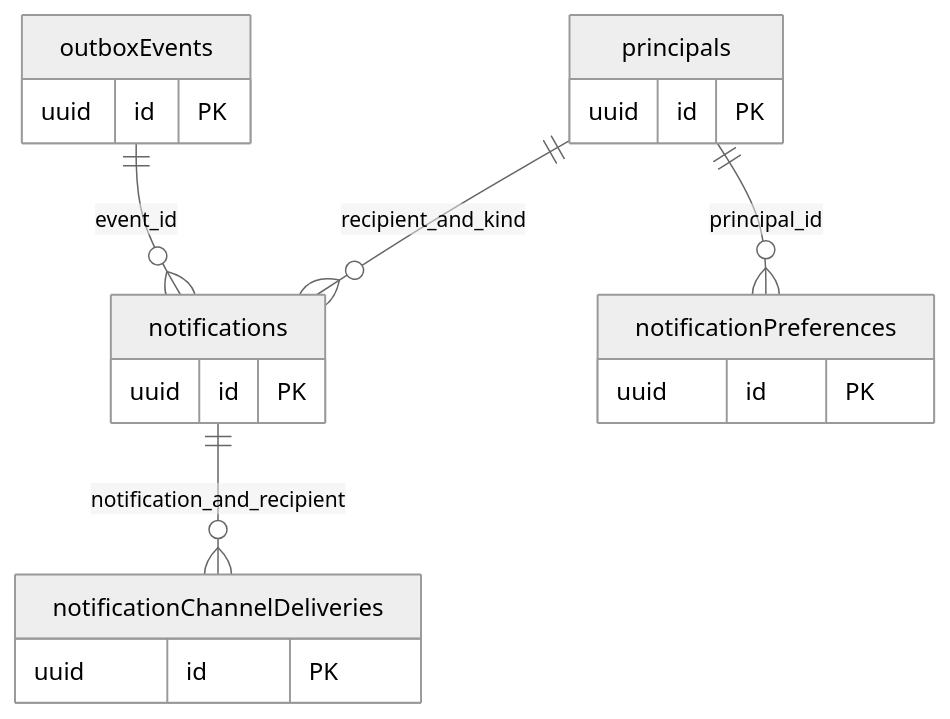
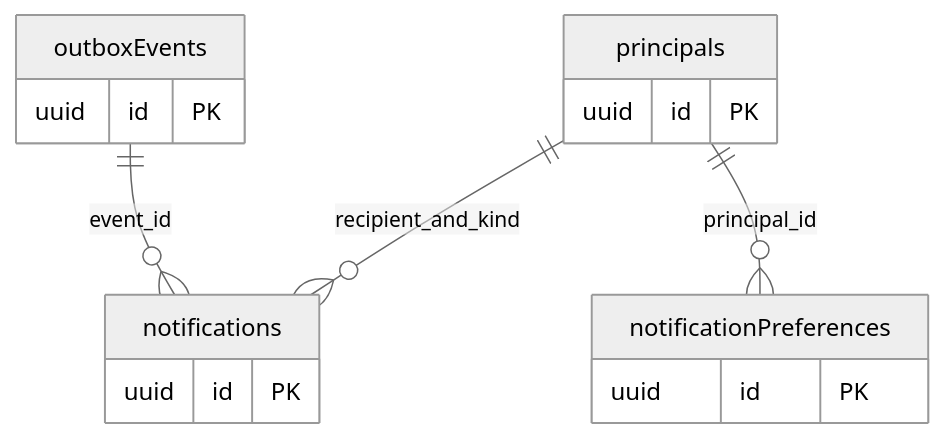
One commit to yunusyosaf399/edusync_saas_school_app changed the sixth of 8 diagrams in docs/database/04_foundation_erd.md. Above: the diagram before and after it, drawn with Mermaid (neutral theme). The commit also changed other lines of this file and 13 other files, not shown here.

```diff
--- a/docs/database/04_foundation_erd.md
+++ b/docs/database/04_foundation_erd.md
@@ -215,22 +219,18 @@
 ~~~mermaid
 erDiagram
   notifications {
     uuid id PK
   }
   notificationPreferences {
-    uuid id PK
-  }
-  notificationChannelDeliveries {
     uuid id PK
   }
   principals {
     uuid id PK
   }
   outboxEvents {
     uuid id PK
   }
   principals ||--o{ notifications : "recipient_and_kind"
   outboxEvents ||--o{ notifications : "event_id"
   principals ||--o{ notificationPreferences : "principal_id"
-  notifications ||--o{ notificationChannelDeliveries : "notification_and_recipient"
 ~~~
```
